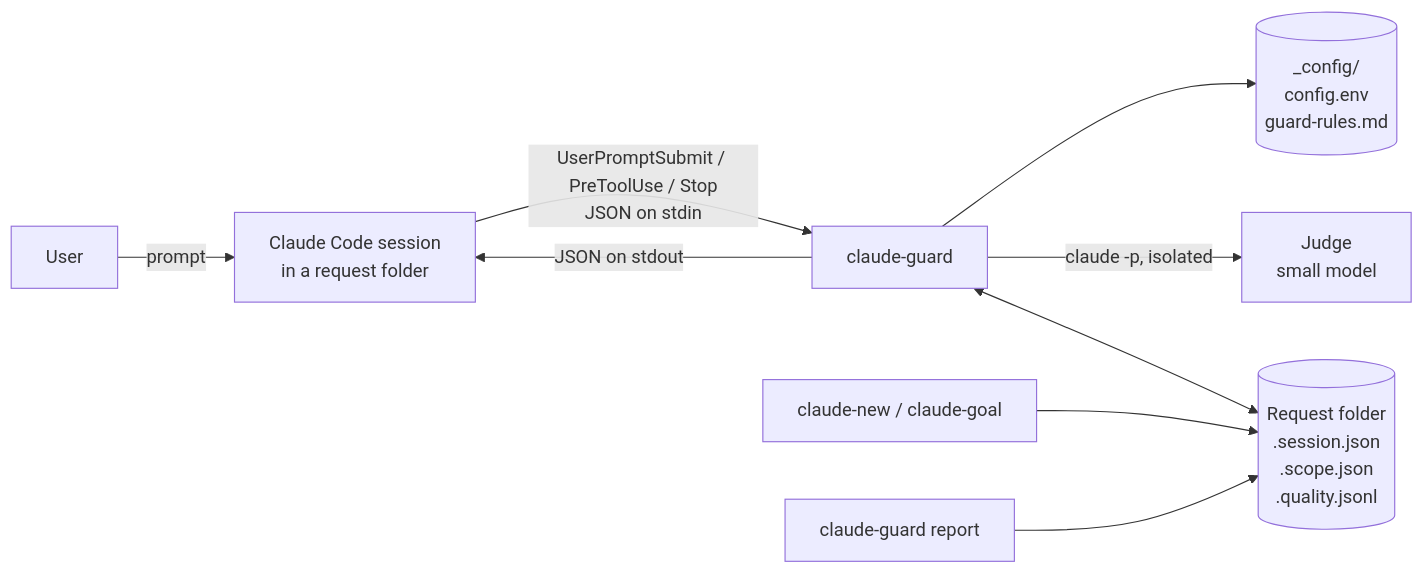
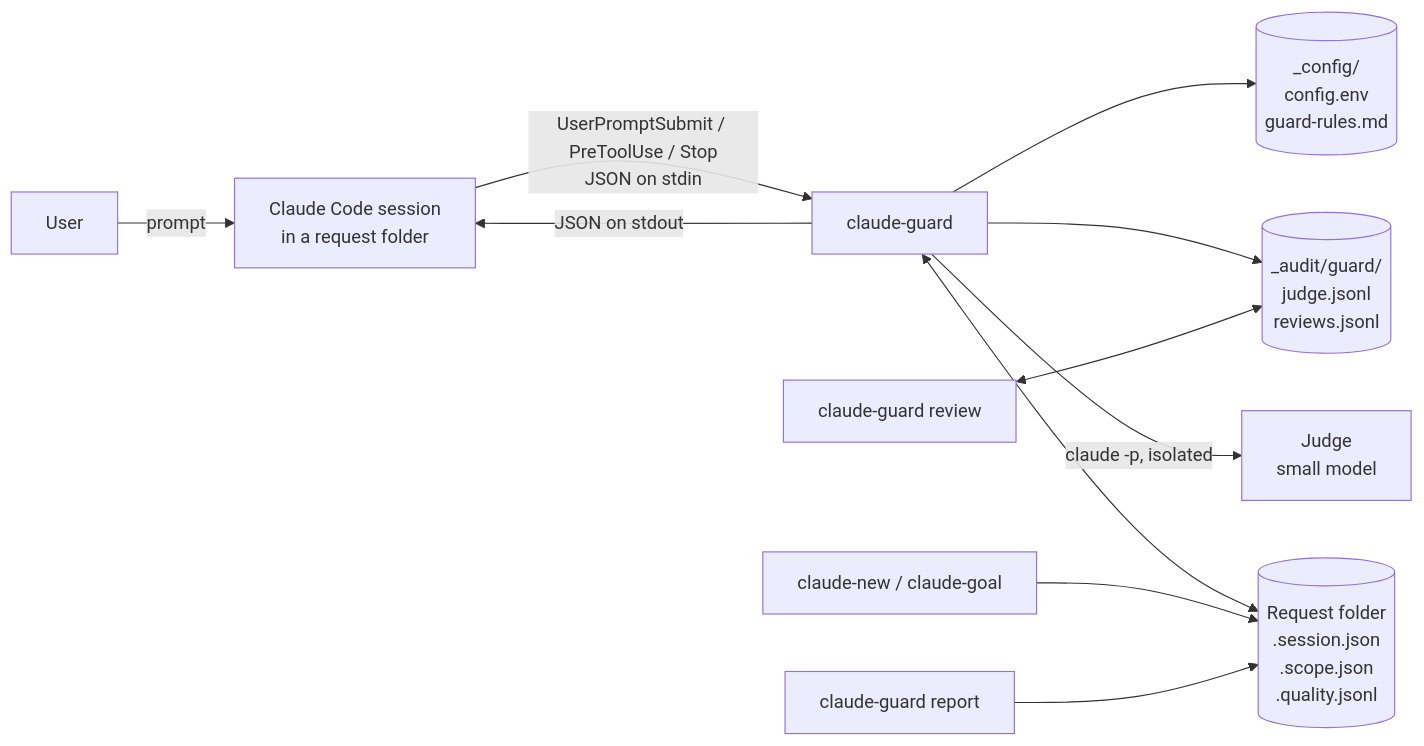
Before and after one commit to jviegas6/claude-worksessions: the first of 3 diagrams in docs/guard/hld.md, drawn with Mermaid. The commit also changed other lines of this file and 10 other files, not shown here.

First line of the commit message:
claude-guard: judge profile, decision journal and review

````diff
--- a/docs/guard/hld.md
+++ b/docs/guard/hld.md
@@ -63,11 +63,13 @@
 ```mermaid
 flowchart LR
   U[User] -->|prompt| CC[Claude Code session<br/>in a request folder]
   CC -->|UserPromptSubmit / PreToolUse / Stop<br/>JSON on stdin| G[claude-guard]
   G -->|JSON on stdout| CC
   G -->|claude -p, isolated| J[Judge<br/>small model]
   G <--> S[(Request folder<br/>.session.json<br/>.scope.json<br/>.quality.jsonl)]
   G --> C[(_config/<br/>config.env<br/>guard-rules.md)]
+  G --> JL[(_audit/guard/<br/>judge.jsonl<br/>reviews.jsonl)]
+  V[claude-guard review] <--> JL
   N[claude-new / claude-goal] --> S
   R[claude-guard report] --> S
 ```
````
